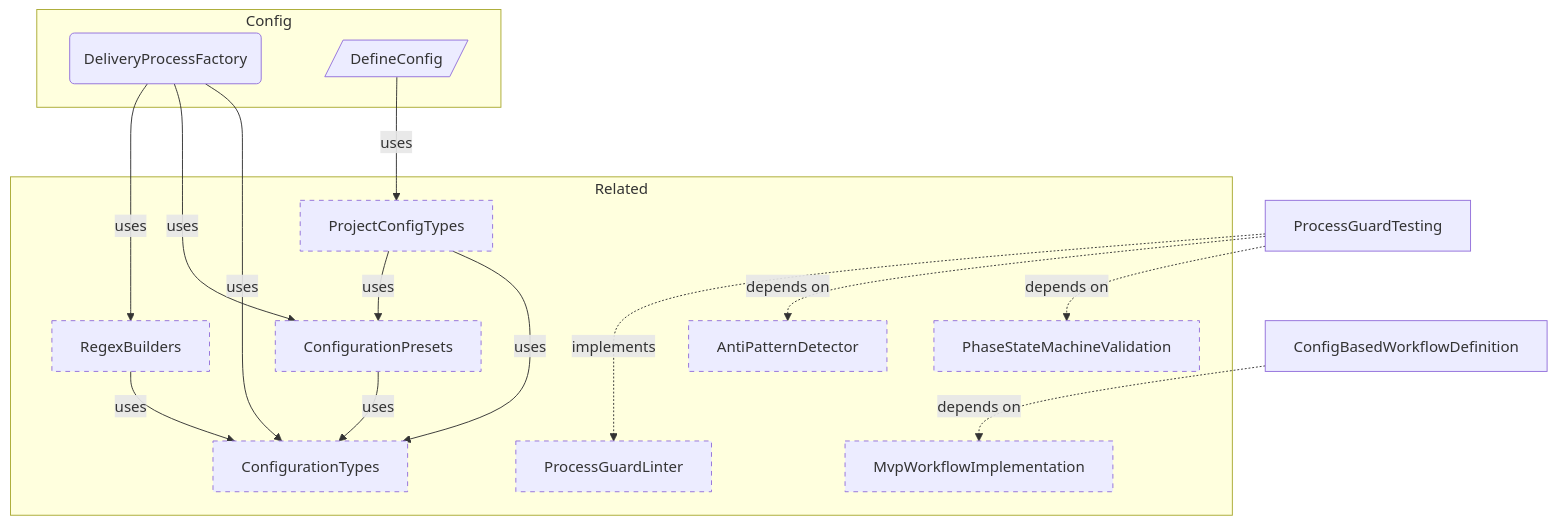
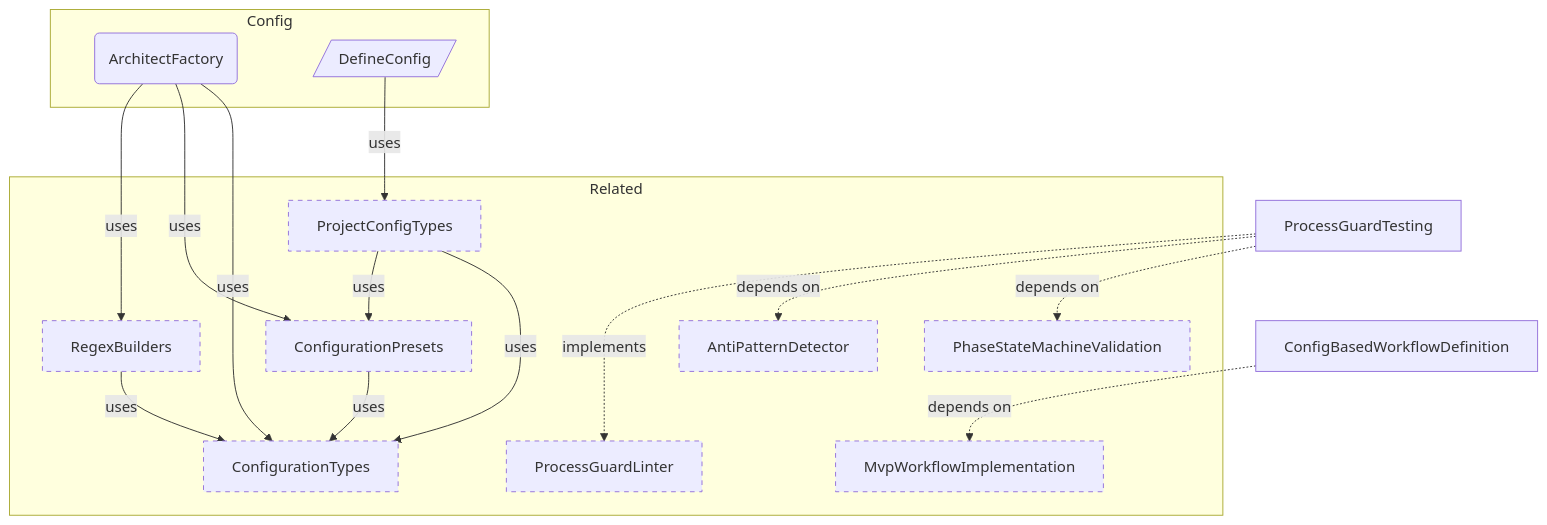
The first of 6 diagrams in docs-live/reference/REFERENCE-SAMPLE.md (libar-dev/architect), drawn with Mermaid before and after one commit. The commit also changed other lines of this file and 732 other files, not shown here.

First line of the commit message:
feat: rebrand from delivery-process to Architect

````diff
--- a/docs-live/reference/REFERENCE-SAMPLE.md
+++ b/docs-live/reference/REFERENCE-SAMPLE.md
@@ -171,32 +171,32 @@
 ```mermaid
 graph TB
     subgraph config["Config"]
-        DeliveryProcessFactory("DeliveryProcessFactory")
+        ArchitectFactory("ArchitectFactory")
         DefineConfig[/"DefineConfig"/]
     end
     ConfigBasedWorkflowDefinition["ConfigBasedWorkflowDefinition"]
     ProcessGuardTesting["ProcessGuardTesting"]
     subgraph related["Related"]
         AntiPatternDetector["AntiPatternDetector"]:::neighbor
         ConfigurationTypes["ConfigurationTypes"]:::neighbor
         RegexBuilders["RegexBuilders"]:::neighbor
         ProjectConfigTypes["ProjectConfigTypes"]:::neighbor
         ConfigurationPresets["ConfigurationPresets"]:::neighbor
         ProcessGuardLinter["ProcessGuardLinter"]:::neighbor
         PhaseStateMachineValidation["PhaseStateMachineValidation"]:::neighbor
         MvpWorkflowImplementation["MvpWorkflowImplementation"]:::neighbor
     end
-    DeliveryProcessFactory -->|uses| ConfigurationTypes
-    DeliveryProcessFactory -->|uses| ConfigurationPresets
-    DeliveryProcessFactory -->|uses| RegexBuilders
+    ArchitectFactory -->|uses| ConfigurationTypes
+    ArchitectFactory -->|uses| ConfigurationPresets
+    ArchitectFactory -->|uses| RegexBuilders
     DefineConfig -->|uses| ProjectConfigTypes
     ConfigBasedWorkflowDefinition -.->|depends on| MvpWorkflowImplementation
     ProcessGuardTesting -.->|depends on| PhaseStateMachineValidation
     ProcessGuardTesting -.->|depends on| AntiPatternDetector
     ProcessGuardTesting ..->|implements| ProcessGuardLinter
     RegexBuilders -->|uses| ConfigurationTypes
     ProjectConfigTypes -->|uses| ConfigurationTypes
     ProjectConfigTypes -->|uses| ConfigurationPresets
     ConfigurationPresets -->|uses| ConfigurationTypes
     classDef neighbor stroke-dasharray: 5 5
 ```
````
